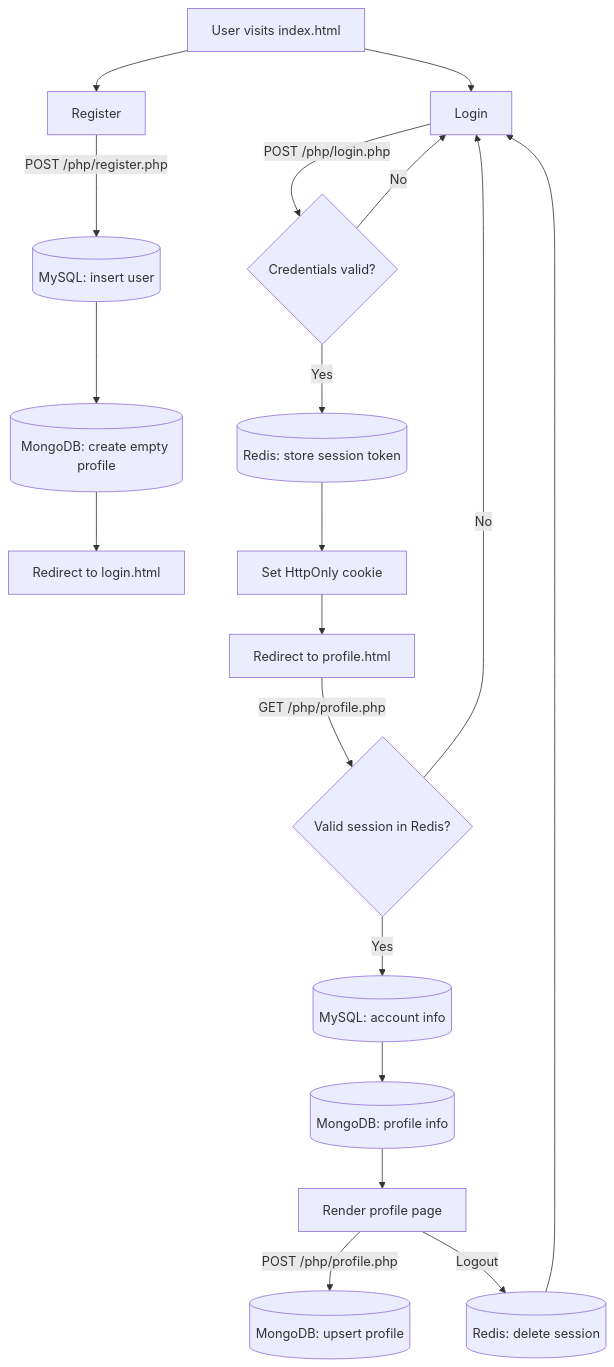
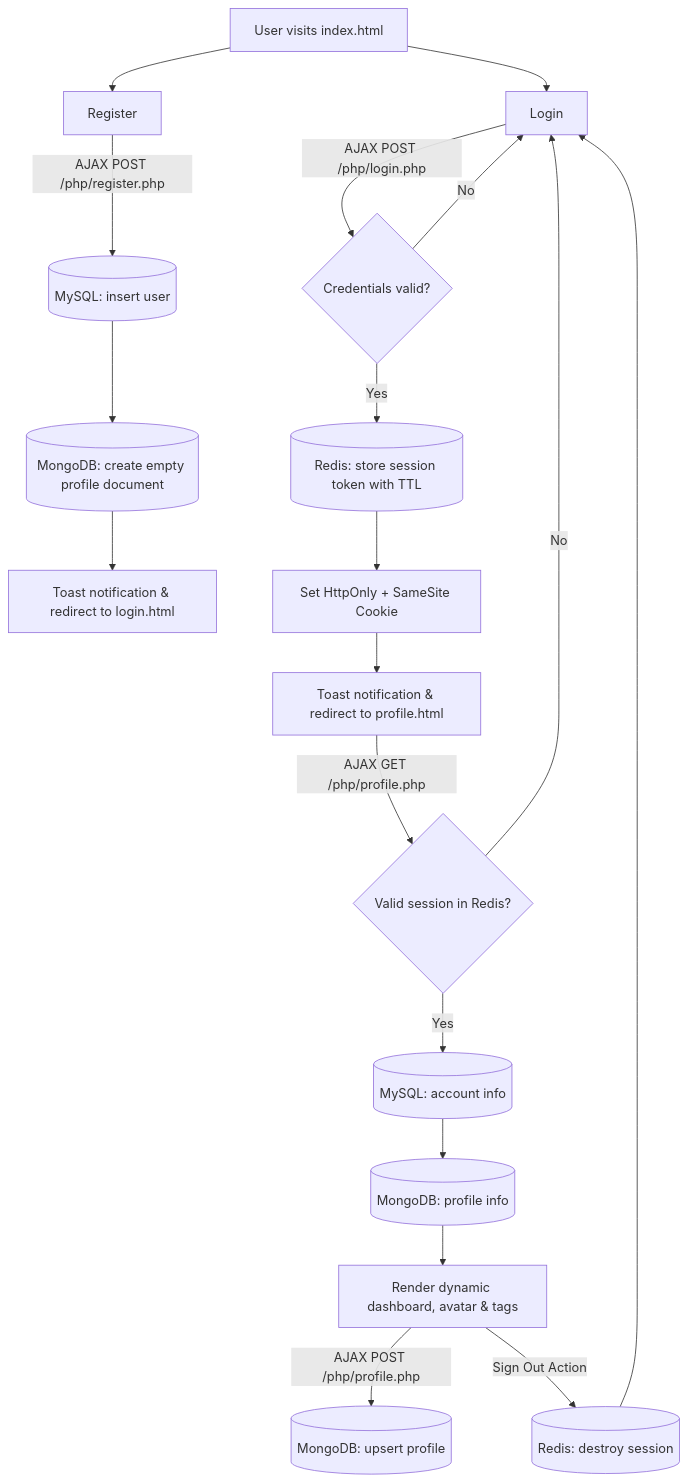
The diagram in README.md (Esjayanth/nuralabs-final), drawn with Mermaid before and after one commit. The commit also changed other lines of this file and 23 other files, not shown here.

````diff
--- a/README.md
+++ b/README.md
@@ -67,21 +71,21 @@
 ```mermaid
 flowchart TD
     A[User visits index.html] --> B[Register]
     A --> C[Login]
-    B -->|POST /php/register.php| D[(MySQL: insert user)]
-    D --> E[(MongoDB: create empty profile)]
-    E --> F[Redirect to login.html]
-    C -->|POST /php/login.php| G{Credentials valid?}
+    B -->|AJAX POST /php/register.php| D[(MySQL: insert user)]
+    D --> E[(MongoDB: create empty profile document)]
+    E --> F[Toast notification & redirect to login.html]
+    C -->|AJAX POST /php/login.php| G{Credentials valid?}
     G -- No --> C
-    G -- Yes --> H[(Redis: store session token)]
-    H --> I[Set HttpOnly cookie]
-    I --> J[Redirect to profile.html]
-    J -->|GET /php/profile.php| K{Valid session in Redis?}
+    G -- Yes --> H[(Redis: store session token with TTL)]
+    H --> I[Set HttpOnly + SameSite Cookie]
+    I --> J[Toast notification & redirect to profile.html]
+    J -->|AJAX GET /php/profile.php| K{Valid session in Redis?}
     K -- No --> C
     K -- Yes --> L[(MySQL: account info)]
     L --> M[(MongoDB: profile info)]
-    M --> N[Render profile page]
-    N -->|POST /php/profile.php| O[(MongoDB: upsert profile)]
-    N -->|Logout| P[(Redis: delete session)]
+    M --> N[Render dynamic dashboard, avatar & tags]
+    N -->|AJAX POST /php/profile.php| O[(MongoDB: upsert profile)]
+    N -->|Sign Out Action| P[(Redis: destroy session)]
     P --> C
 ```
````
